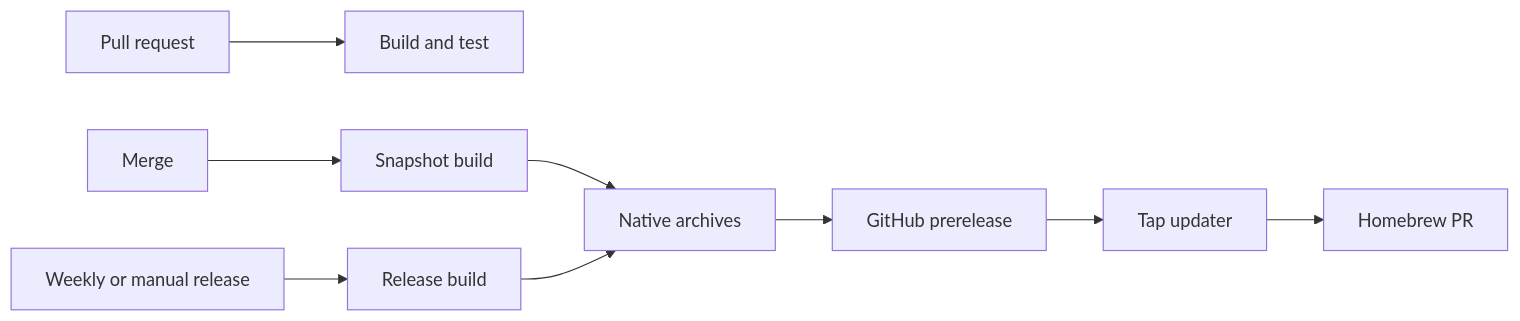
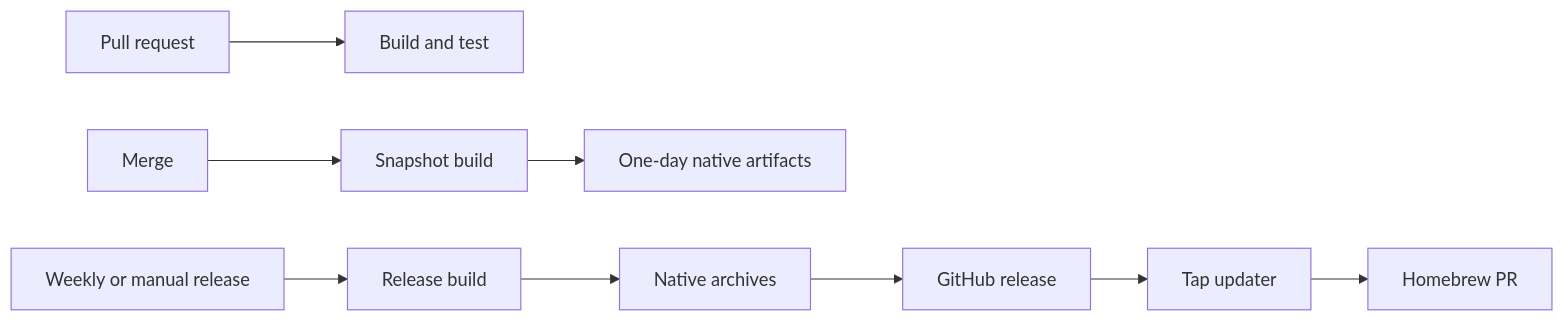
Before and after one commit to YunaBraska/YunaBraska: the diagram in DOTNET_CI_CD.md, drawn with Mermaid. The commit also changed other lines of this file and 9 other files, not shown here.

Commit message:
fix(ci): keep snapshots off GitHub releases (#123)

````diff
--- a/DOTNET_CI_CD.md
+++ b/DOTNET_CI_CD.md
@@ -3,11 +3,11 @@
 ```mermaid
 flowchart LR
   PR[Pull request] --> B[Build and test]
   M[Merge] --> S[Snapshot build]
-  S --> N[Native archives]
-  N --> G[GitHub prerelease]
+  S --> A[One-day native artifacts]
   W[Weekly or manual release] --> R[Release build]
-  R --> N
+  R --> N[Native archives]
+  N --> G[GitHub release]
   G --> H[Tap updater]
   H --> P[Homebrew PR]
 ```
````
